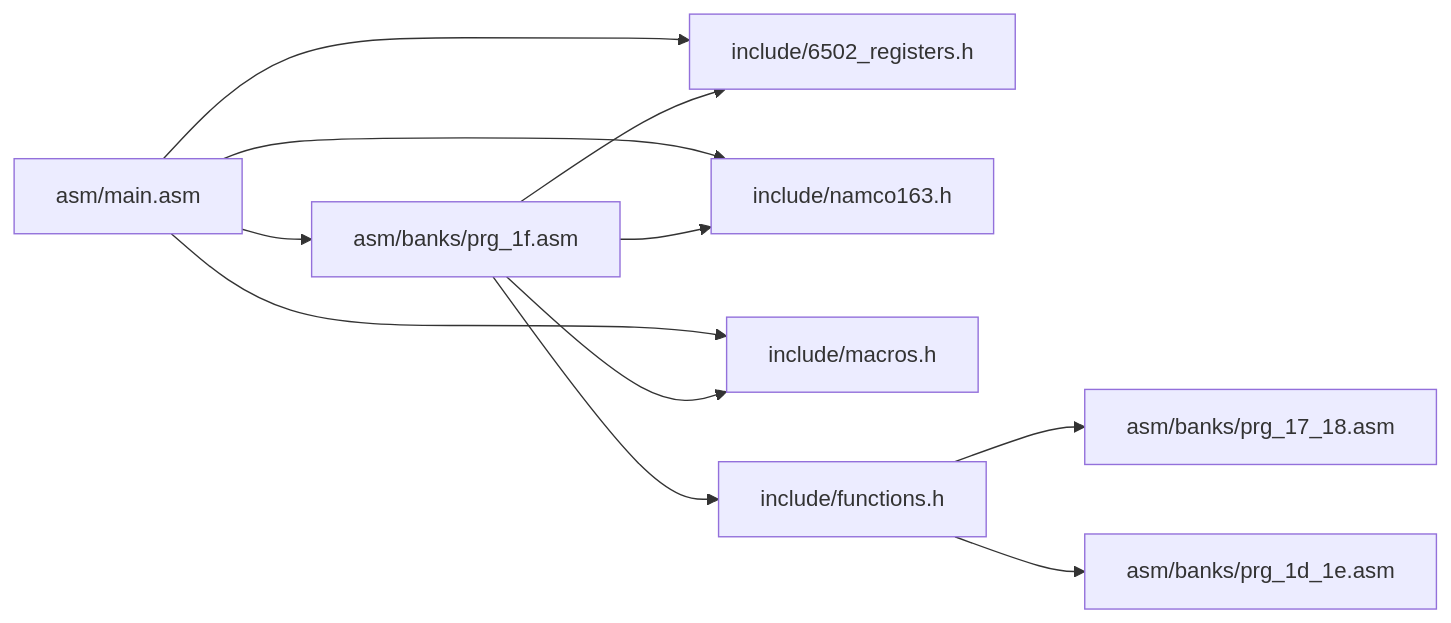
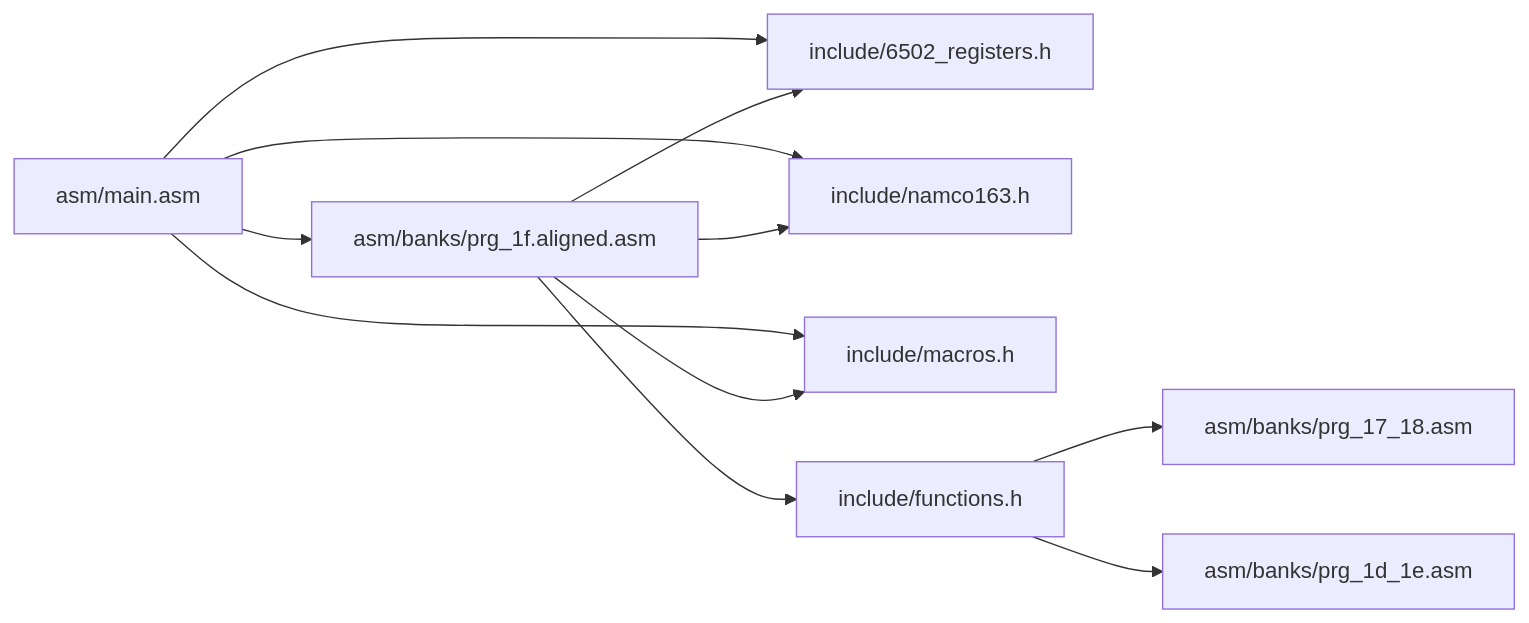
One commit to rabbyzero/sango2dasm changed the eighth of 8 diagrams in .qoder/repowiki/en/content/Data Access and Memory Management/Memory Organization and Addressing.md. Above: the diagram before and after it, drawn with Mermaid. The commit also changed other lines of this file and 23 other files, not shown here.

````diff
--- a/.qoder/repowiki/en/content/Data Access and Memory Management/Memory Organization and Addressing.md
+++ b/.qoder/repowiki/en/content/Data Access and Memory Management/Memory Organization and Addressing.md
@@ -504,13 +623,13 @@
 ```mermaid
 graph LR
 MAIN["asm/main.asm"] --> REGS["include/6502_registers.h"]
 MAIN --> MAP["include/namco163.h"]
 MAIN --> MAC["include/macros.h"]
-MAIN --> PRG1F["asm/banks/prg_1f.asm"]
+MAIN --> PRG1F["asm/banks/prg_1f.aligned.asm"]
 PRG1F --> REGS
 PRG1F --> MAP
 PRG1F --> MAC
 PRG1F --> FUNC["include/functions.h"]
 FUNC --> BANK17_18["asm/banks/prg_17_18.asm"]
 FUNC --> BANK1D_1E["asm/banks/prg_1d_1e.asm"]
 ```
````
